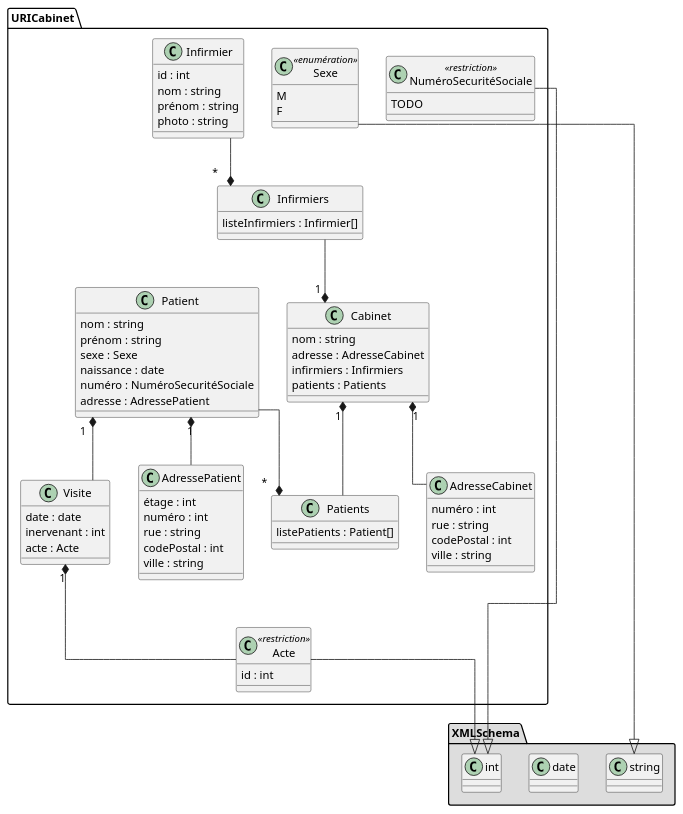
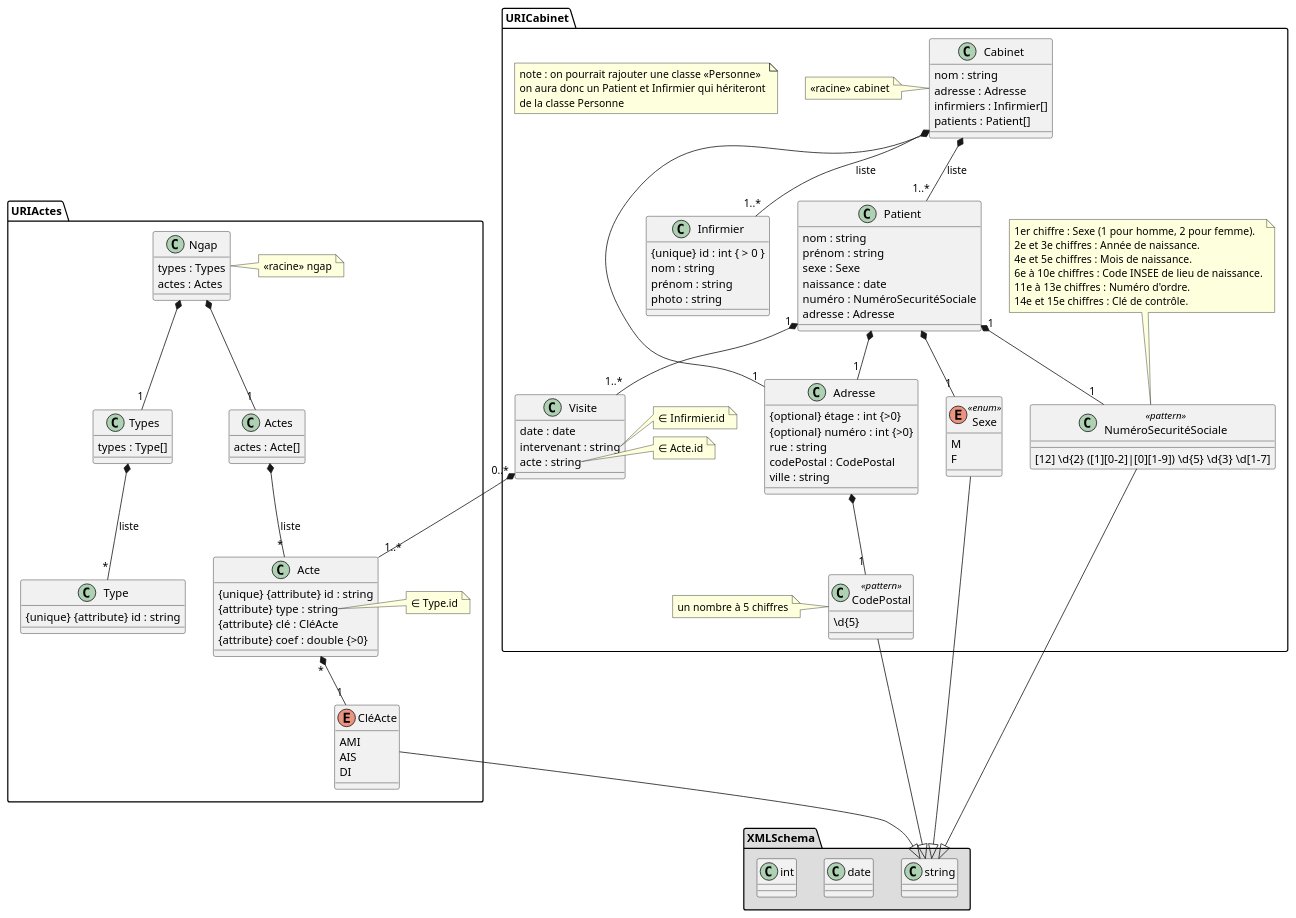
The diagram in data/uml/cabinet_omar.puml (TennesseeAlves/CabinetInfirmier), drawn with PlantUML before and after one commit. The commit also changed 6 other files, not shown here.

Commit message:
Ajout modifs importants: mes diagUml et XMLSchema du cabinet

```diff
--- a/data/uml/cabinet_omar.puml
+++ b/data/uml/cabinet_omar.puml
@@ -1,85 +1,152 @@
 @startuml
 
-skinparam linetype ortho
+'skinparam linetype ortho
 'l'instruction au dessus est pour avoir des lignes orthogonales...
 
 package XMLSchema #DDDDDD {
     class string
     class date
     class int
 }
+package URIActes {
+    class Ngap {
+        types : Types
+        actes : Actes
+    }
+    note right of Ngap
+        «racine» ngap
+    end note
+    class Acte {
+        {unique} {attribute} id : string
+        {attribute} type : string
+        {attribute} clé : CléActe
+        {attribute} coef : double {>0}
+    }
+    note right of Acte::type
+        ∈ Type.id
+    end note
+    
+    class Actes {
+        actes : Acte[]
+    }
+    
+    class Type {
+        {unique} {attribute} id : string
+    }
+    class Types {
+        types : Type[]
+    }
+    
+    enum CléActe {
+        AMI
+        AIS
+        DI
+    }
+    
+    Ngap *--"1" Types
+    Ngap *--"1" Actes
+    
+    Actes *--"*" Acte : liste
+    Acte "*"*--"1" CléActe
+    
+    Types *--"*" Type : liste
+    
+    CléActe --|> string
+}
 package URICabinet {
+    note as noteHeritagePersonne
+        note : on pourrait rajouter une classe «Personne»
+        on aura donc un Patient et Infirmier qui hériteront
+        de la classe Personne
+    end note
+    
     class Cabinet {
         nom : string
-        adresse : AdresseCabinet
-        infirmiers : Infirmiers
-        patients : Patients
+        adresse : Adresse
+        infirmiers : Infirmier[]
+        patients : Patient[]
     }
+    note left of Cabinet
+        <<racine>> cabinet
+    end note
+    
     class Infirmier {
-        id : int 
+        {unique} id : int { > 0 } 
         nom : string
         prénom : string
         photo : string
     }
+    
     class Patient {
         nom : string
         prénom : string
         sexe : Sexe
         naissance : date
         numéro : NuméroSecuritéSociale
-        adresse : AdressePatient
+        adresse : Adresse
     }
-    class Patients {
-        listePatients : Patient[]
-    }
-    class Infirmiers {
-        listeInfirmiers : Infirmier[]
-    }
-    class AdresseCabinet {
-        numéro : int
+    
+    class Adresse {
+        {optional} étage : int {>0}
+        {optional} numéro : int {>0}
         rue : string
-        codePostal : int
+        codePostal : CodePostal
         ville : string
     }
-    class AdressePatient {
-        étage : int
-        numéro : int
-        rue : string
-        codePostal : int
-        ville : string
-    }
-    class Sexe <<enumération>> {
+    
+    Enum Sexe <<enum>> {
         M
         F
     }
-    class NuméroSecuritéSociale <<restriction>> {
-        TODO 
+    
+    class NuméroSecuritéSociale <<pattern>> {
+        [12] \d{2} ([1][0-2]|[0][1-9]) \d{5} \d{3} \d[1-7]
     }
+    note top of NuméroSecuritéSociale
+        1er chiffre : Sexe (1 pour homme, 2 pour femme).
+        2e et 3e chiffres : Année de naissance.
+        4e et 5e chiffres : Mois de naissance.
+        6e à 10e chiffres : Code INSEE de lieu de naissance.
+        11e à 13e chiffres : Numéro d'ordre.
+        14e et 15e chiffres : Clé de contrôle.
+    end note
+    
+    class CodePostal <<pattern>> {
+        \d{5}
+    }
+    note left of CodePostal
+        un nombre à 5 chiffres
+    end note
+    
     class Visite {
         date : date
-        inervenant : int 
-        acte : Acte
+        intervenant : string
+        acte : string
     }
-    class Acte <<restriction>> {
-        id : int
-    }
+    note right of Visite::intervenant
+        ∈ Infirmier.id
+        'intervenant ∈ Infirmier.id
+    end note
+    note right of Visite::acte
+        ∈ Acte.id
+        'acte ∈ Acte.id
+    end note
+    
+    Cabinet *--"1..*" Infirmier : liste
+    Cabinet *--"1..*" Patient : liste
+    Cabinet *--"1" Adresse
+    
+    Patient *--"1" Sexe
+    Patient "1"*--"1..*" Visite
+    Patient "1"*--"1" NuméroSecuritéSociale
+    Patient *--"1" Adresse
+    
+    Visite "0..*"*--"1..*" Acte
+    
+    Adresse *--"1" CodePostal
     
     Sexe --|> string
-    
-    Infirmier --*"*" Infirmiers
-    
-    Infirmiers --*"1" Cabinet
-    Cabinet "1"*-- Patients
-    Cabinet "1"*-- AdresseCabinet
-    
-    Patient "1"*-- Visite
-    Patient --*"*" Patients
-    Patient "1"*-- AdressePatient
-    
-    Visite "1"*-- Acte
-    
-    Acte --|> int
-    
-    NuméroSecuritéSociale --|> int
+    NuméroSecuritéSociale --|> string
+    CodePostal --|> string
 }
 @enduml
```
